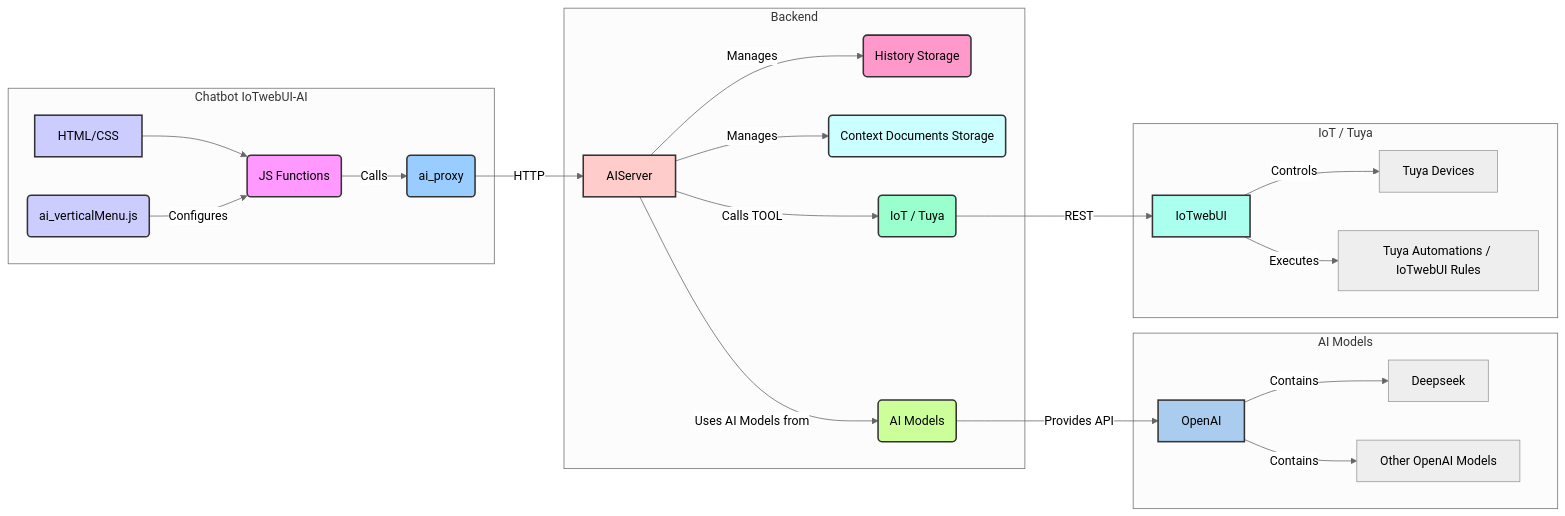
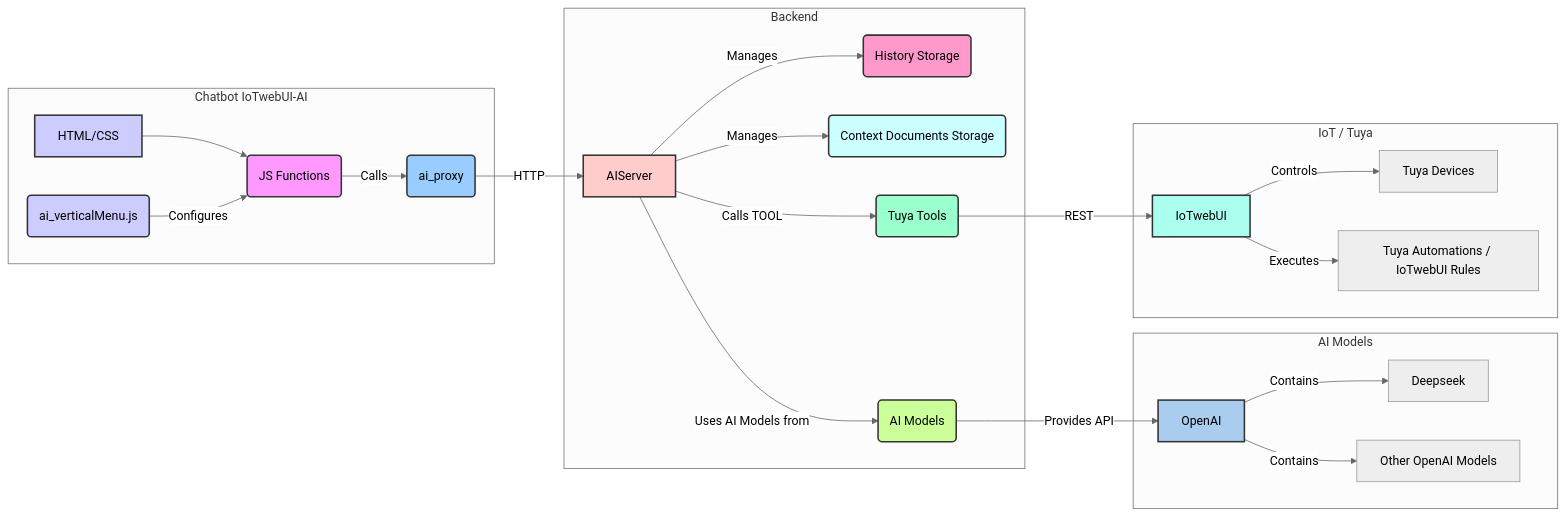
Before and after one commit to msillano/IoTwebUI: the diagram in IOTwebUI-AI/README.md, drawn with Mermaid.

````diff
--- a/IOTwebUI-AI/README.md
+++ b/IOTwebUI-AI/README.md
@@ -9,40 +9,40 @@
 ```mermaid
 %%{init: {'theme': 'neutral'}}%%
 graph LR
     subgraph Chatbot IoTwebUI-AI
         style UI fill:#ccf,stroke:#333,stroke-width:2px
         style UI_JS fill:#f9f,stroke:#333,stroke-width:2px
         style UI_Menu fill:#ccf,stroke:#333,stroke-width:2px
         UI[HTML/CSS] --> UI_JS(JS Functions);
         UI_Menu(ai_verticalMenu.js) -- Configures --> UI_JS;
         UI_JS -- Calls --> Proxy(ai_proxy);
     end
 
     subgraph Backend
         style Proxy fill:#9cf,stroke:#333,stroke-width:2px
         style AIServer fill:#fcc,stroke:#333,stroke-width:2px
         style HistoryDB fill:#f9c,stroke:#333,stroke-width:2px
         style ContextFiles fill:#cff,stroke:#333,stroke-width:2px
         Proxy -- HTTP --> AIServer;
         AIServer -- Uses AI Models from --> AIModels(AI Models);
         AIServer -- Manages --> HistoryDB(History Storage);
         AIServer -- Manages --> ContextFiles(Context Documents Storage);
-        AIServer -- Calls TOOL  --> IoT(IoT / Tuya);
+        AIServer -- Calls TOOL  --> IoT(Tuya Tools);
     end
 
     subgraph AI Models
         style AIModels fill:#cf9,stroke:#333,stroke-width:2px
         style OpenAI fill:#ace,stroke:#333,stroke-width:2px
         AIModels -- Provides API --> OpenAI;
         OpenAI -- Contains --> Deepseek;
         OpenAI -- Contains --> GPTModels[Other OpenAI Models];
      end
 
     subgraph IoT / Tuya
         style IoT fill:#9fc,stroke:#333,stroke-width:2px
         style IoTwebUI fill:#afe,stroke:#333,stroke-width:2px
         IoT -- REST --> IoTwebUI;
         IoTwebUI -- Controls --> TuyaDevices[Tuya Devices];
         IoTwebUI -- Executes --> TuyaAutomations[Tuya Automations / IoTwebUI Rules];
     end
 ```
````
